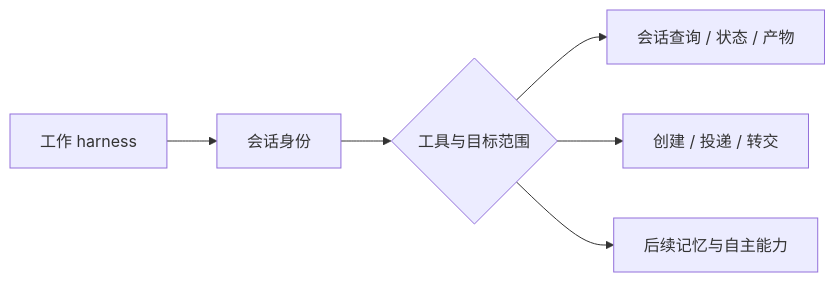
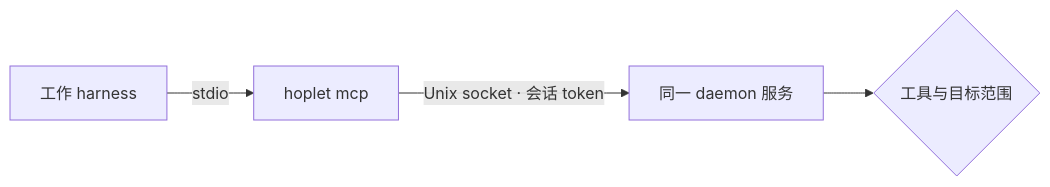
Before and after one commit to yangflow/hoplet: the second of 3 diagrams in docs/design/0012-orchestration-api.md, drawn with Mermaid. The commit also changed other lines of this file and 16 other files, not shown here.

````diff
--- a/docs/design/0012-orchestration-api.md
+++ b/docs/design/0012-orchestration-api.md
@@ -64,7 +64,6 @@
 ```mermaid
 flowchart LR
-    Harness["工作 harness"] --> Token["会话身份"] --> Scope{"工具与目标范围"}
-    Scope --> Read["会话查询 / 状态 / 产物"]
-    Scope --> Control["创建 / 投递 / 转交"]
-    Scope --> Future["后续记忆与自主能力"]
+    Harness["工作 harness"] -- "stdio" --> Bridge["hoplet mcp"]
+    Bridge -- "Unix socket · 会话 token" --> Service["同一 daemon 服务"]
+    Service --> Scope{"工具与目标范围"}
 ```
````
